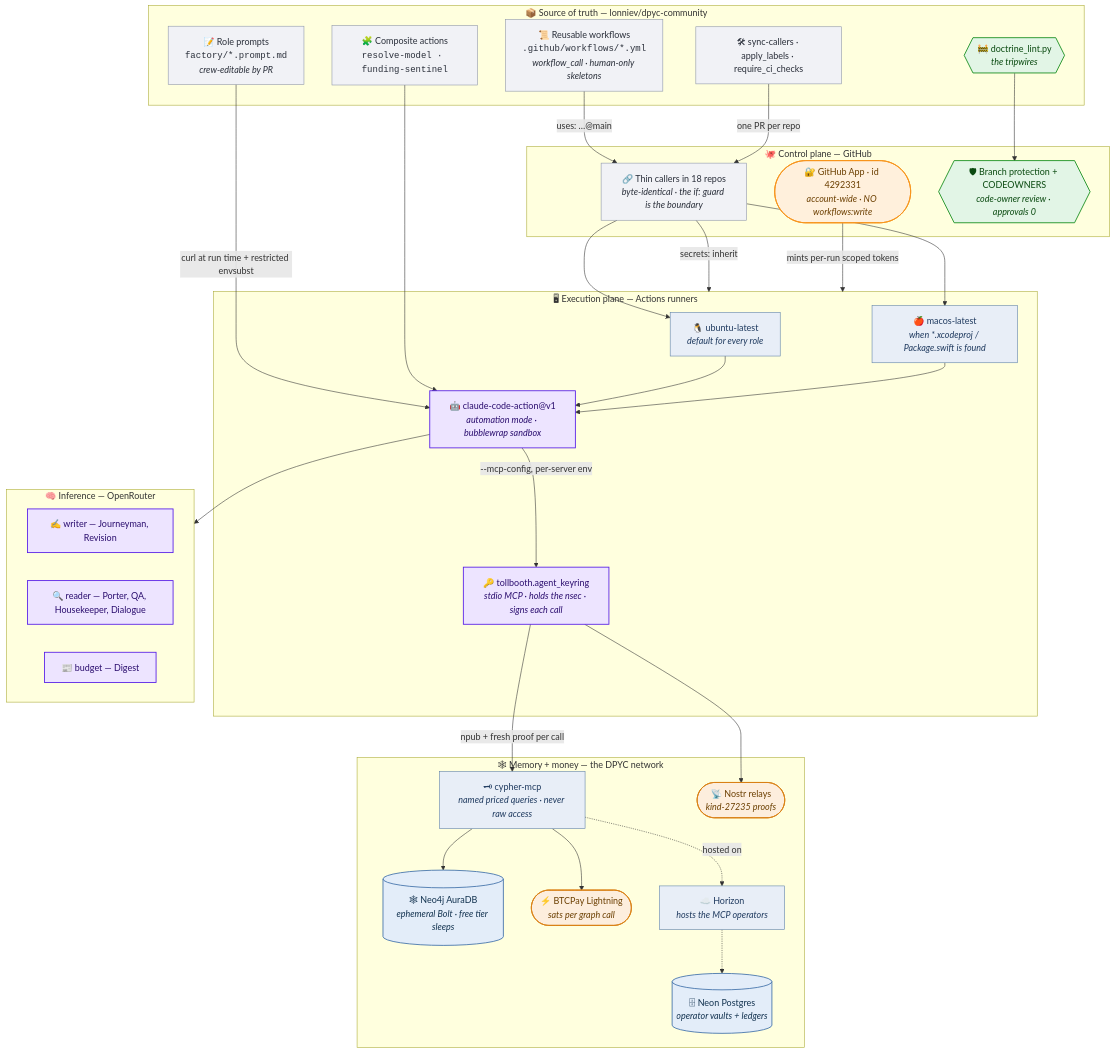
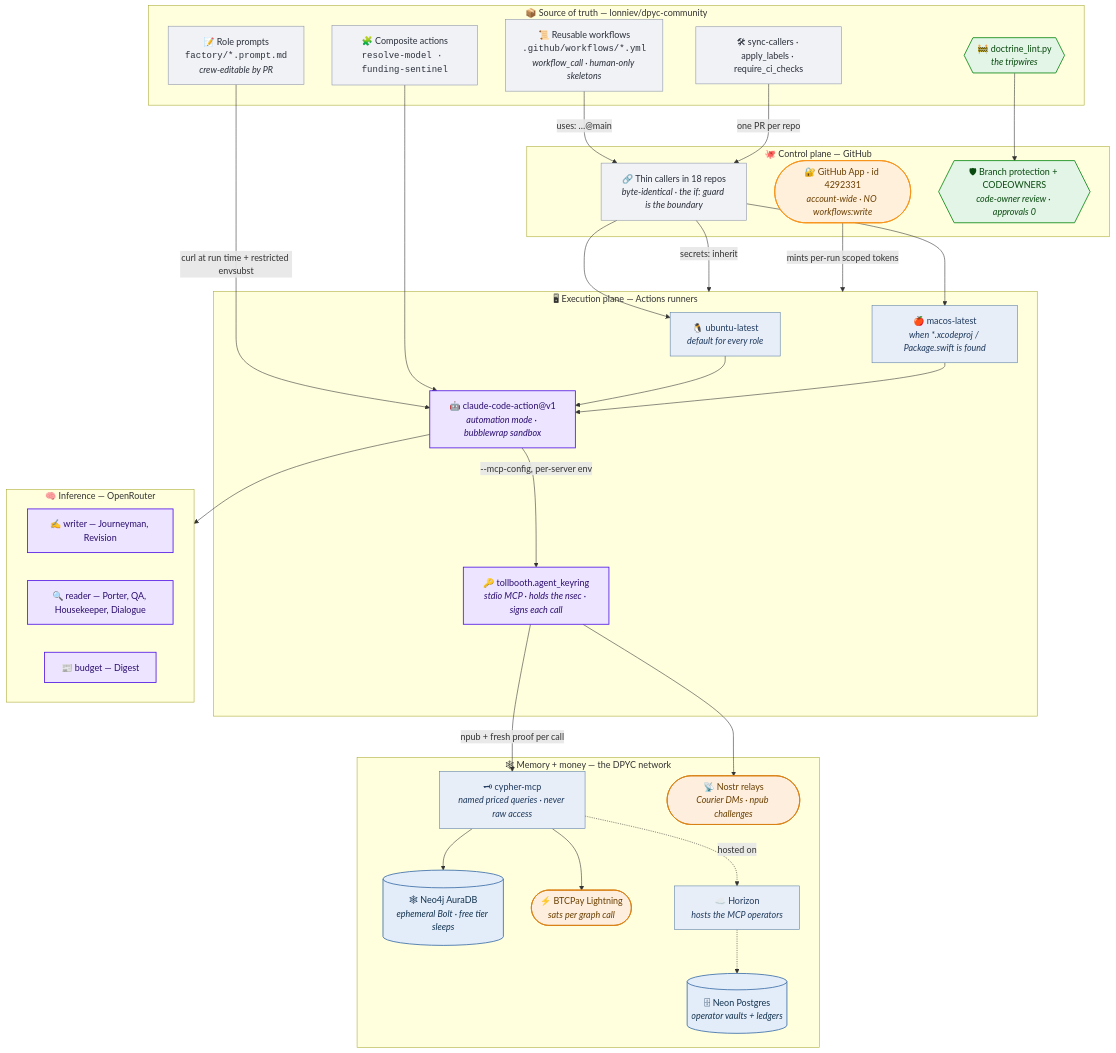
The first of 6 diagrams in docs/model/diagrams.md (lonniev/dpyc-community), drawn with Mermaid before and after one commit. The commit also changed 8 other files, not shown here.

````diff
--- a/docs/model/diagrams.md
+++ b/docs/model/diagrams.md
@@ -17,66 +17,66 @@
 ```mermaid
 flowchart TB
     subgraph SRC["📦 Source of truth — lonniev/dpyc-community"]
         RW["📜 Reusable workflows<br/><code>.github/workflows/*.yml</code><br/><i>workflow_call · human-only skeletons</i>"]:::src
         PR["📝 Role prompts<br/><code>factory/*.prompt.md</code><br/><i>crew-editable by PR</i>"]:::src
         CA["🧩 Composite actions<br/><code>resolve-model · funding-sentinel</code>"]:::src
         DL{{"🚧 doctrine_lint.py<br/><i>the tripwires</i>"}}:::det
         SC["🛠 sync-callers · apply_labels · require_ci_checks"]:::src
     end
 
     subgraph CTRL["🐙 Control plane — GitHub"]
         TC["🔗 Thin callers in 18 repos<br/><i>byte-identical · the if: guard is the boundary</i>"]:::src
         APP(["🔐 GitHub App · id 4292331<br/><i>account-wide · NO workflows:write</i>"]):::gate
         BP{{"🛡 Branch protection + CODEOWNERS<br/><i>code-owner review · approvals 0</i>"}}:::det
     end
 
     subgraph EXEC["🖥 Execution plane — Actions runners"]
         UB["🐧 ubuntu-latest<br/><i>default for every role</i>"]:::ext
         MAC["🍎 macos-latest<br/><i>when *.xcodeproj / Package.swift is found</i>"]:::ext
         CCA["🤖 claude-code-action@v1<br/><i>automation mode · bubblewrap sandbox</i>"]:::agent
         KR["🔑 tollbooth.agent_keyring<br/><i>stdio MCP · holds the nsec · signs each call</i>"]:::agent
     end
 
     subgraph INF["🧠 Inference — OpenRouter"]
         W["✍️ writer — Journeyman, Revision"]:::agent
         R["🔍 reader — Porter, QA, Housekeeper, Dialogue"]:::agent
         B["📰 budget — Digest"]:::agent
     end
 
     subgraph MEM["🕸 Memory + money — the DPYC network"]
         CY["🗝 cypher-mcp<br/><i>named priced queries · never raw access</i>"]:::ext
         AU[("🕸 Neo4j AuraDB<br/><i>ephemeral Bolt · free tier sleeps</i>")]:::data
         LN(["⚡ BTCPay Lightning<br/><i>sats per graph call</i>"]):::money
-        NR(["📡 Nostr relays<br/><i>kind-27235 proofs</i>"]):::money
+        NR(["📡 Nostr relays<br/><i>Courier DMs · npub challenges</i>"]):::money
         HZ["☁️ Horizon<br/><i>hosts the MCP operators</i>"]:::ext
         NE[("🗄 Neon Postgres<br/><i>operator vaults + ledgers</i>")]:::data
     end
 
     RW -->|"uses: …@main"| TC
     SC -->|"one PR per repo"| TC
     TC -->|"secrets: inherit"| EXEC
     APP -->|"mints per-run scoped tokens"| EXEC
     DL --> BP
     PR -->|"curl at run time + restricted envsubst"| CCA
     CA --> CCA
     TC --> UB
     TC --> MAC
     UB --> CCA
     MAC --> CCA
     CCA -->|"--mcp-config, per-server env"| KR
     CCA --> INF
     KR -->|"npub + fresh proof per call"| CY
     CY --> AU
     CY --> LN
     KR --> NR
     CY -.hosted on.-> HZ
     HZ -.-> NE
 
     classDef agent fill:#ede4ff,stroke:#5319e7,stroke-width:1.5px,color:#2a0d6e
     classDef det   fill:#e2f5e6,stroke:#0e8a16,stroke-width:1.5px,color:#0a4a10
     classDef gate  fill:#fff0dc,stroke:#f7931a,stroke-width:1.5px,color:#6b3f00
     classDef src   fill:#f1f2f6,stroke:#8b93a7,color:#2a2f3a
     classDef ext   fill:#e8eef7,stroke:#5b7fa6,color:#1f3a5f
     classDef data  fill:#e3edf9,stroke:#3f6fa8,stroke-width:1.5px,color:#12324f
     classDef money fill:#fdeedd,stroke:#d98014,stroke-width:1.5px,color:#6b3f00
 ```
````
